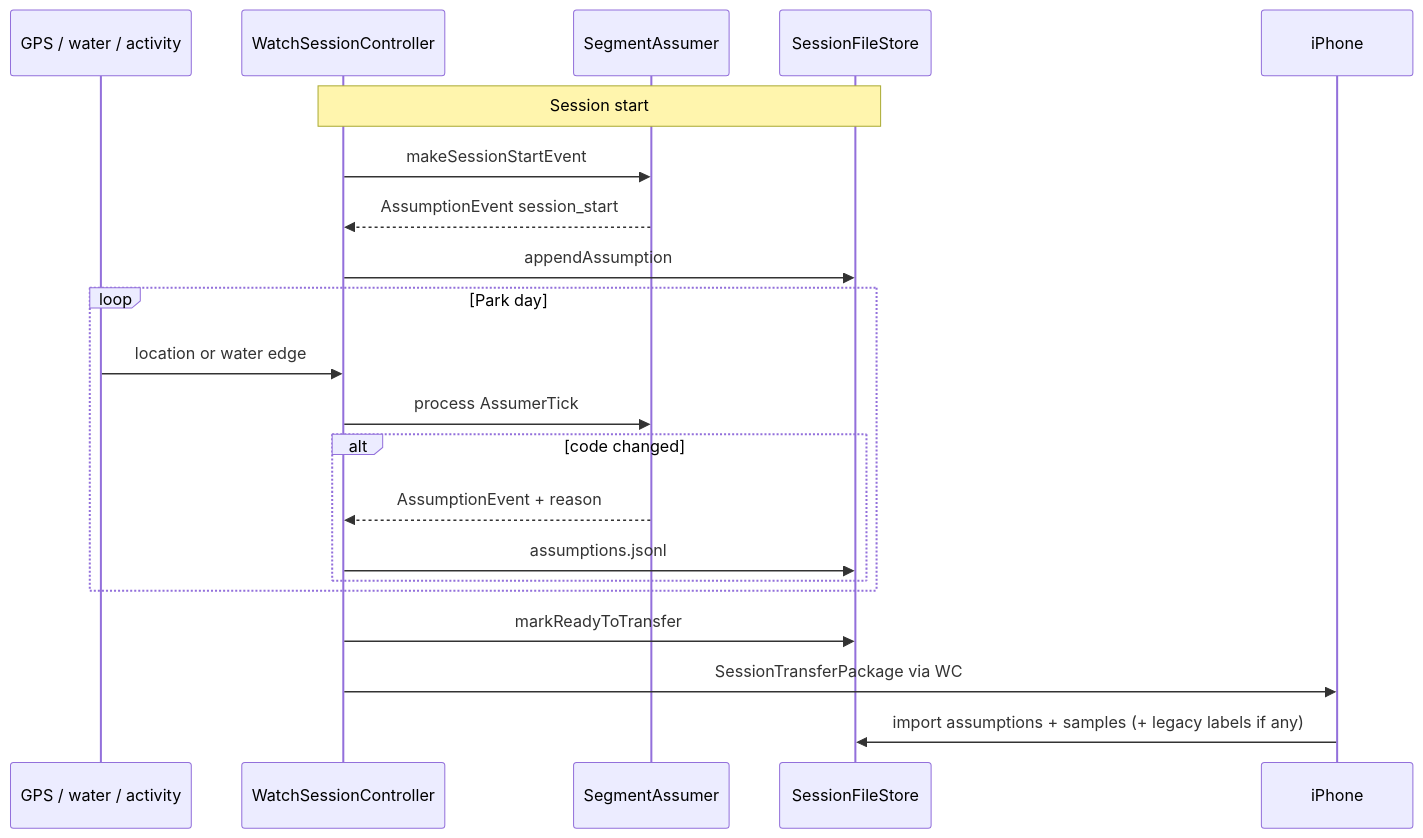
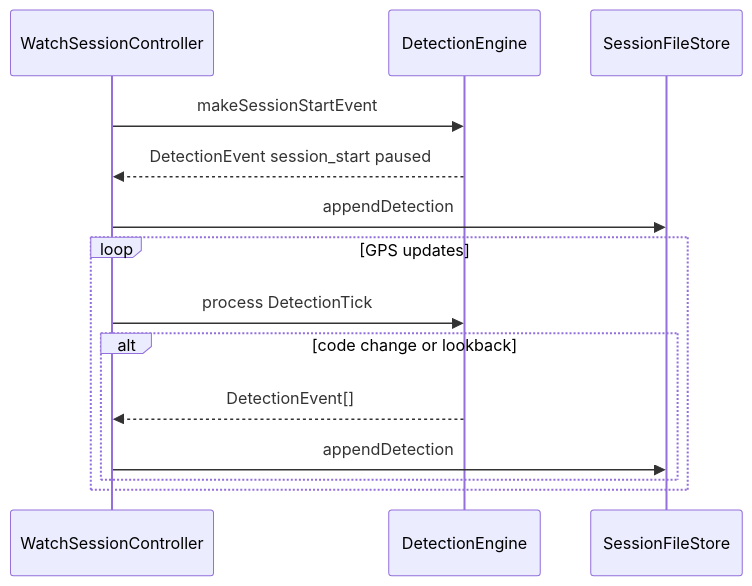
One commit to DCSBL/rppl changed the second of 2 diagrams in Docs/DESIGN.md. Above: the diagram before and after it, drawn with Mermaid. The commit also changed other lines of this file and 33 other files, not shown here.

````diff
--- a/Docs/DESIGN.md
+++ b/Docs/DESIGN.md
@@ -50,26 +45,16 @@
 ```mermaid
 sequenceDiagram
-  participant Sensor as GPS / water / activity
   participant WSC as WatchSessionController
-  participant Assumer as SegmentAssumer
+  participant Engine as DetectionEngine
   participant Store as SessionFileStore
-  participant Phone as iPhone
-
-  Note over WSC,Store: Session start
-  WSC->>Assumer: makeSessionStartEvent
-  Assumer-->>WSC: AssumptionEvent session_start
-  WSC->>Store: appendAssumption
-
-  loop Park day
-    Sensor->>WSC: location or water edge
-    WSC->>Assumer: process AssumerTick
-    alt code changed
-      Assumer-->>WSC: AssumptionEvent + reason
-      WSC->>Store: assumptions.jsonl
+  WSC->>Engine: makeSessionStartEvent
+  Engine-->>WSC: DetectionEvent session_start paused
+  WSC->>Store: appendDetection
+  loop GPS updates
+    WSC->>Engine: process DetectionTick
+    alt code change or lookback
+      Engine-->>WSC: DetectionEvent[]
+      WSC->>Store: appendDetection
     end
   end
-
-  WSC->>Store: markReadyToTransfer
-  WSC->>Phone: SessionTransferPackage via WC
-  Phone->>Store: import assumptions + samples (+ legacy labels if any)
 ```
````
